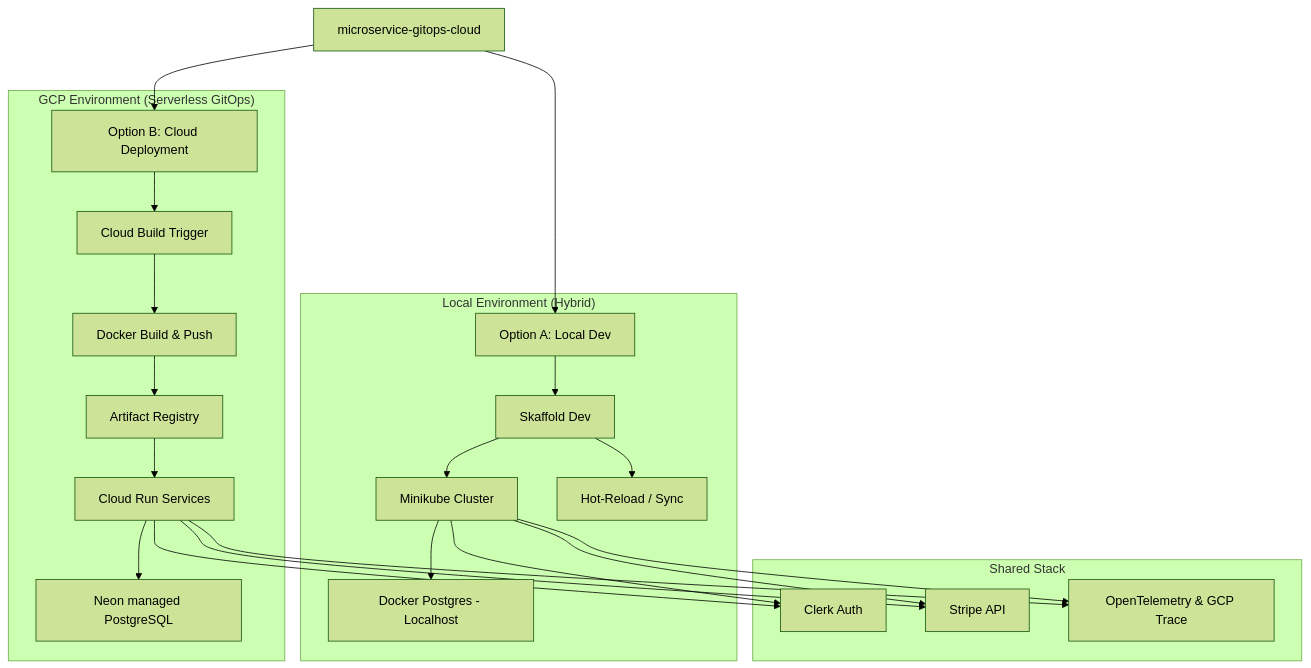
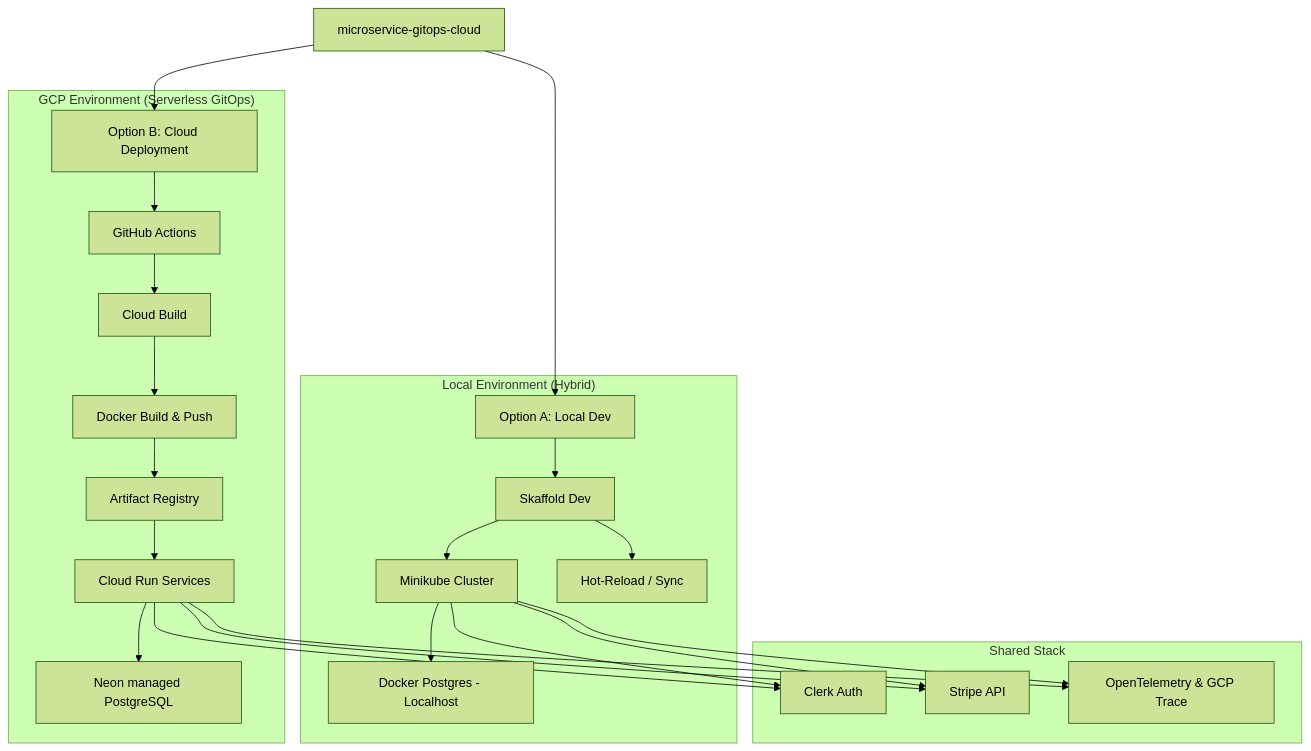
One commit to arif-js/ecommerce-microservice-gitops-fullstack-gcp changed the diagram in README.md. Above: the diagram before and after it, drawn with Mermaid (forest theme). The commit also changed other lines of this file, not shown here.

Commit message:
docs: update readme to align with github actions gitops workflow

````diff
--- a/README.md
+++ b/README.md
@@ -7,26 +7,27 @@
 ```mermaid
 graph TD
     Root[microservice-gitops-cloud] --> Local[Option A: Local Dev]
     Root --> Cloud[Option B: Cloud Deployment]
 
     subgraph "Local Environment (Hybrid)"
         Local --> SkDev[Skaffold Dev]
         SkDev --> MK[Minikube Cluster]
         MK --> DB_Loc[Docker Postgres - Localhost]
         SkDev --> Sync[Hot-Reload / Sync]
     end
 
     subgraph "GCP Environment (Serverless GitOps)"
-        Cloud --> CB[Cloud Build Trigger]
+        Cloud --> GH[GitHub Actions]
+        GH --> CB[Cloud Build]
         CB --> Build[Docker Build & Push]
         Build --> AR[Artifact Registry]
         AR --> CR[Cloud Run Services]
         CR --> DB_Remote[Neon managed PostgreSQL]
     end
 
     subgraph "Shared Stack"
         CR & MK --> Auth[Clerk Auth]
         CR & MK --> Pay[Stripe API]
         CR & MK --> OTel[OpenTelemetry & GCP Trace]
     end
 ```
````
